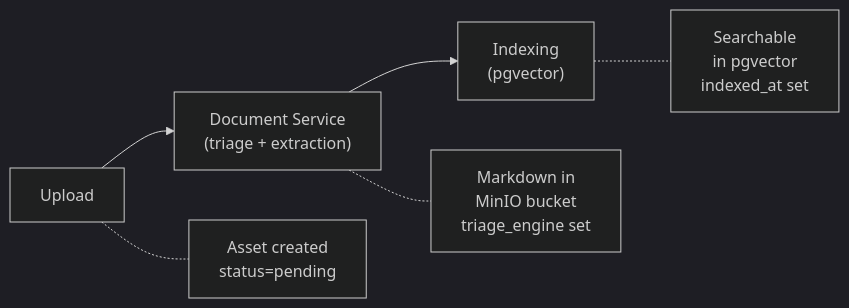
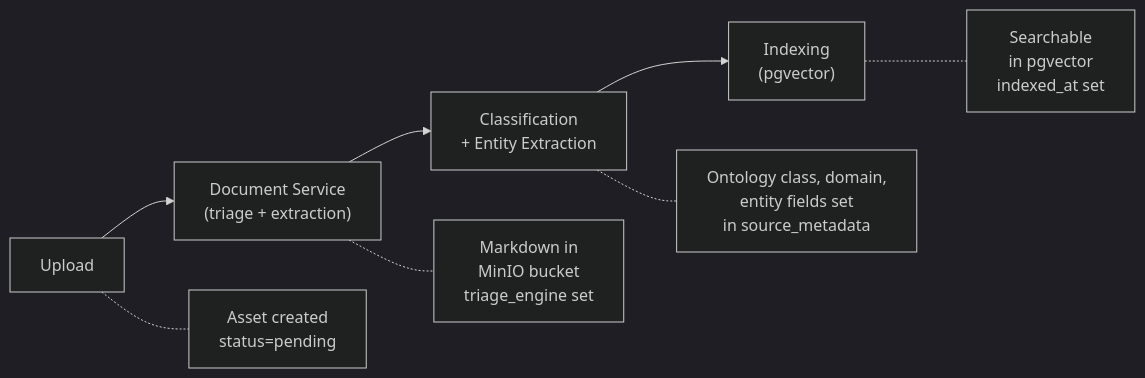
The diagram in docs/DOCUMENT_PROCESSING.md (Amivero-LLC/curatore-localdev), drawn with Mermaid (dark theme) before and after one commit. The commit also changed other lines of this file and 1 other file, not shown here.

First line of the commit message:
Update submodules and docs: ontology tool descriptions

````diff
--- a/docs/DOCUMENT_PROCESSING.md
+++ b/docs/DOCUMENT_PROCESSING.md
@@ -9,9 +9,11 @@
 ```mermaid
 flowchart LR
     Upload["Upload"] --> DocService["Document Service\n(triage + extraction)"]
-    DocService --> Indexing["Indexing\n(pgvector)"]
+    DocService --> Classification["Classification\n+ Entity Extraction"]
+    Classification --> Indexing["Indexing\n(pgvector)"]
 
     Upload -.- A1["Asset created\nstatus=pending"]
     DocService -.- A2["Markdown in\nMinIO bucket\ntriage_engine set"]
-    Indexing -.- A3["Searchable\nin pgvector\nindexed_at set"]
+    Classification -.- A3["Ontology class, domain,\nentity fields set\nin source_metadata"]
+    Indexing -.- A4["Searchable\nin pgvector\nindexed_at set"]
 ```
````
